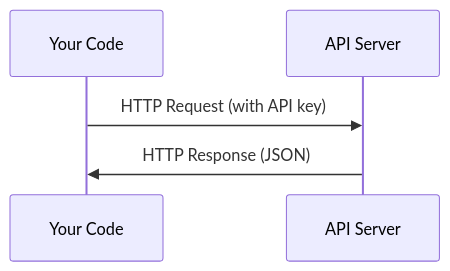
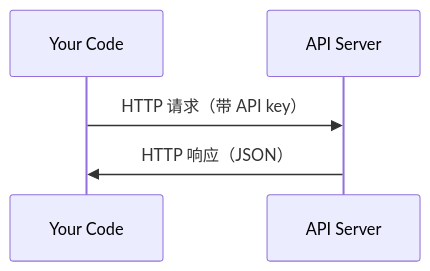
The diagram in phases/00-setup-and-tooling/04-apis-and-keys/docs/zh.md (omigaZen/ai-engineering-from-scratch), drawn with Mermaid before and after one commit. The commit also changed other lines of this file, not shown here.

Commit message:
feat(phase-00/04): polish apis and keys text

````diff
--- a/phases/00-setup-and-tooling/04-apis-and-keys/docs/zh.md
+++ b/phases/00-setup-and-tooling/04-apis-and-keys/docs/zh.md
@@ -23,7 +23,7 @@
 ```mermaid
 sequenceDiagram
     participant C as Your Code
     participant S as API Server
-    C->>S: HTTP Request (with API key)
-    S->>C: HTTP Response (JSON)
+    C->>S: HTTP 请求（带 API key）
+    S->>C: HTTP 响应（JSON）
 ```
````
